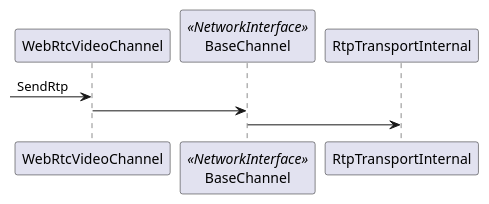
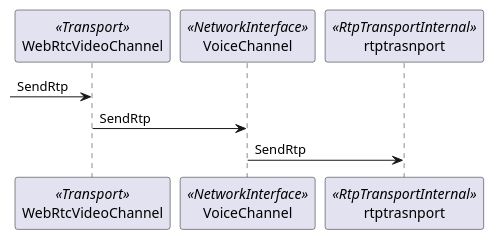
Before and after one commit to mingxin505/webrtcNote: diagram 13 of 19 in webrtc_chrome/Design.md, drawn with PlantUML. The commit also changed other lines of this file and 4 other files, not shown here.

````diff
--- a/webrtc_chrome/Design.md
+++ b/webrtc_chrome/Design.md
@@ -240,7 +257,8 @@
 ```plantuml
-participant WebRtcVideoChannel  
-participant BaseChannel <<NetworkInterface>>
--> WebRtcVideoChannel : SendRtp
-WebRtcVideoChannel -> BaseChannel
-BaseChannel -> RtpTransportInternal
+participant WebRtcVideoChannel as wvc <<Transport>>  
+participant VoiceChannel as bc <<NetworkInterface>>
+participant rtptrasnport as rtpti <<RtpTransportInternal>>
+-> wvc : SendRtp
+wvc -> bc : SendRtp
+bc -> rtpti : SendRtp
 ```
````
